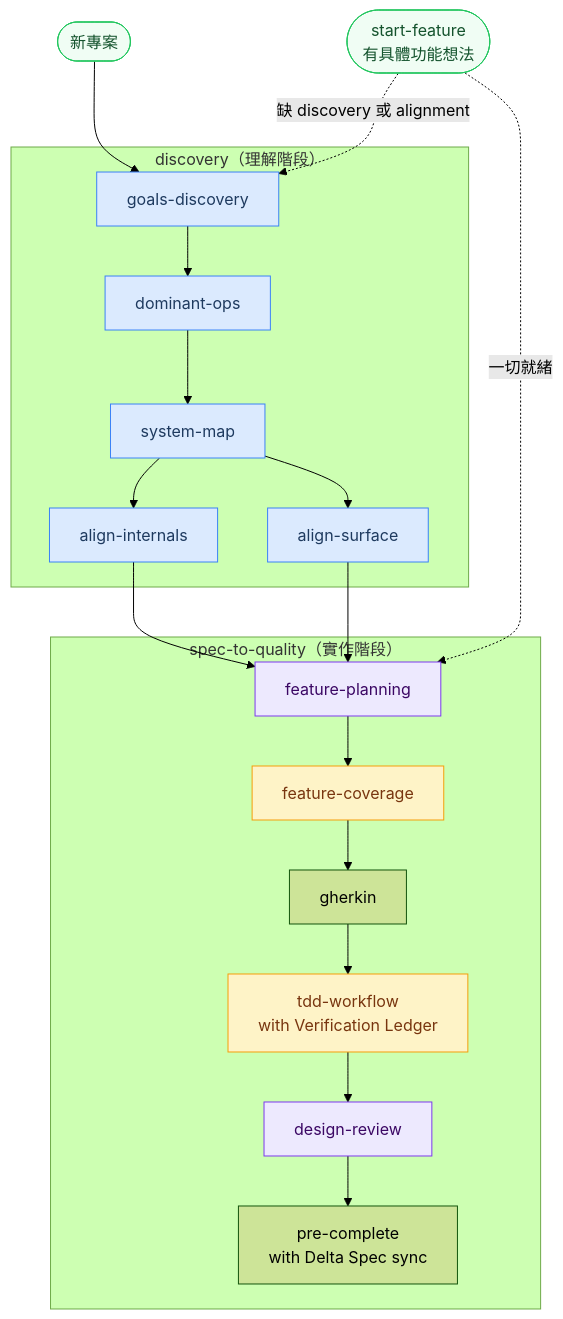
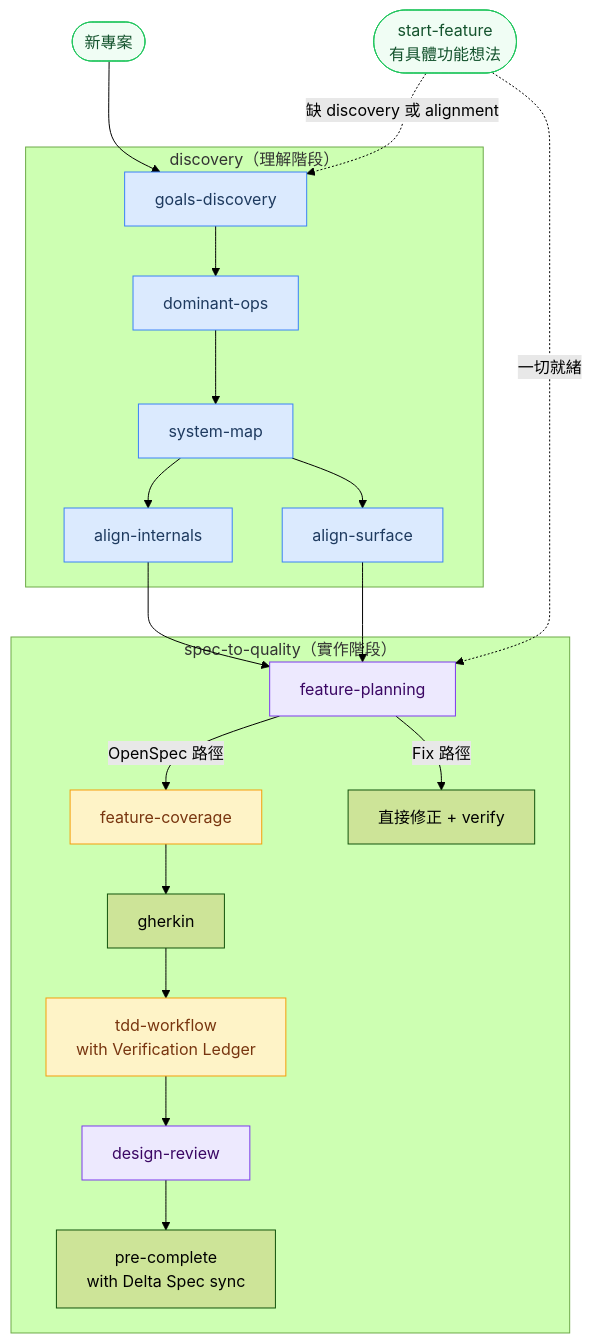
The diagram in plugins/insight-to-quality/CLAUDE.md (class83108/spec-to-quality), drawn with Mermaid (forest theme) before and after one commit. The commit also changed other lines of this file and 5 other files, not shown here.

First line of the commit message:
feat: feature-planning 重新定位為 alignment gap 分流站，版本升至 0.7.0

````diff
--- a/plugins/insight-to-quality/CLAUDE.md
+++ b/plugins/insight-to-quality/CLAUDE.md
@@ -11,33 +11,34 @@
 ```mermaid
 flowchart TD
     subgraph discovery["discovery（理解階段）"]
         G[goals-discovery] --> D[dominant-ops]
         D --> S[system-map]
         S --> AI[align-internals]
         S --> AS[align-surface]
     end
 
     AI & AS --> FP
 
     subgraph impl["spec-to-quality（實作階段）"]
-        FP[feature-planning] --> FC[feature-coverage]
+        FP[feature-planning] -->|OpenSpec 路徑| FC[feature-coverage]
+        FP -->|Fix 路徑| FIX[直接修正 + verify]
         FC --> GH[gherkin]
         GH --> TDD[tdd-workflow<br/>with Verification Ledger]
         TDD --> DR[design-review]
         DR --> PC[pre-complete<br/>with Delta Spec sync]
     end
 
     NEW([新專案]) --> G
     SF([start-feature<br/>有具體功能想法]) -.->|缺 discovery 或 alignment| G
     SF -.->|一切就緒| FP
 
     classDef am fill:#dbeafe,stroke:#3b82f6,color:#1e3a5f
     classDef im fill:#fef3c7,stroke:#f59e0b,color:#78350f
     classDef both fill:#ede9fe,stroke:#7c3aed,color:#3b0764
     classDef entry fill:#f0fdf4,stroke:#22c55e,color:#14532d
 
     class G,D,S,AI,AS am
     class FC,TDD im
     class FP,DR both
     class NEW,SF entry
 ```
````
